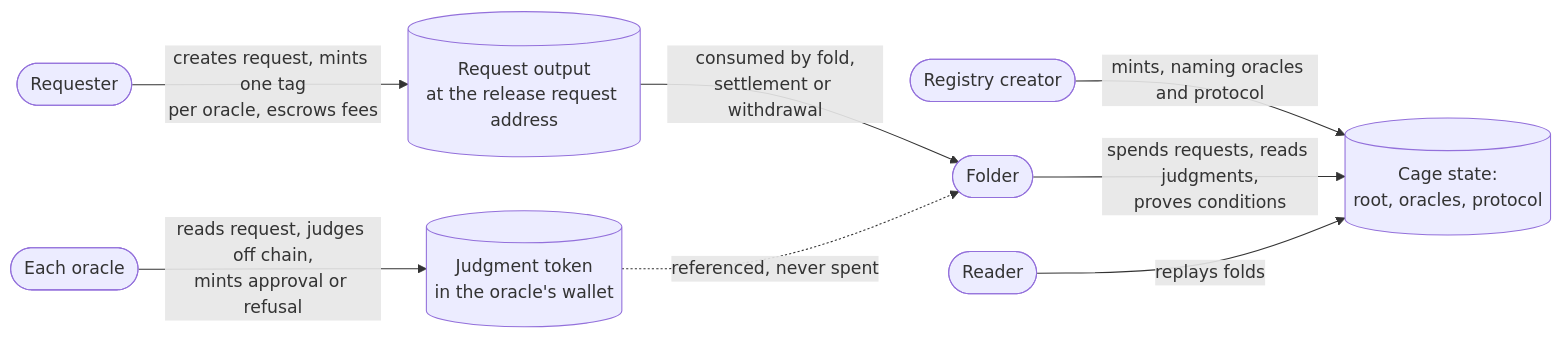
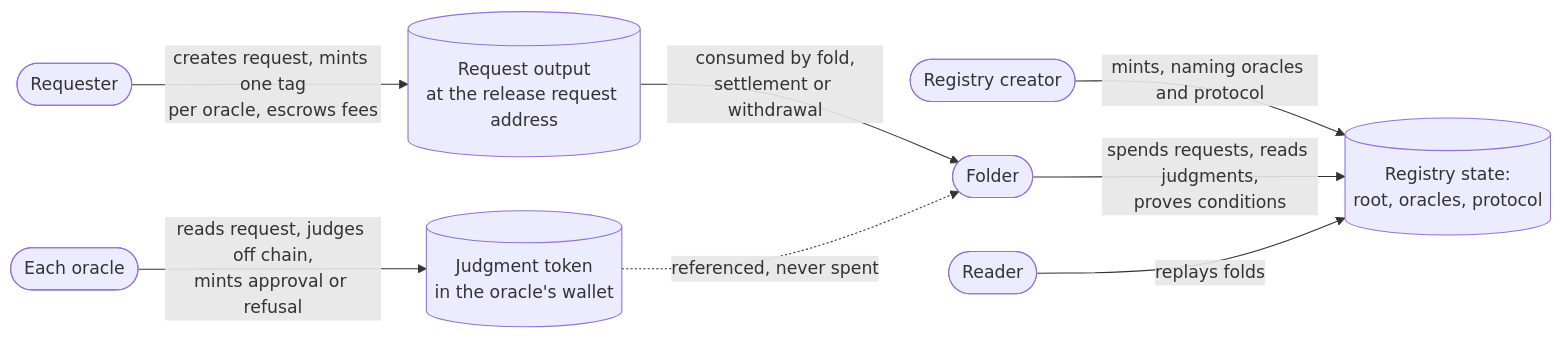
One commit to cardano-foundation/cardano-mpfs-onchain changed the diagram in docs/design/registries/index.md. Above: the diagram before and after it, drawn with Mermaid. The commit also changed other lines of this file and 8 other files, not shown here.

Commit message:
docs: call the on-chain output the registry state, not the cage

````diff
--- a/docs/design/registries/index.md
+++ b/docs/design/registries/index.md
@@ -35,10 +35,10 @@
 ```mermaid
 flowchart LR
-  creator([Registry creator]) -- "mints, naming oracles and protocol" --> state[(Cage state:<br/>root, oracles, protocol)]
+  creator([Registry creator]) -- "mints, naming oracles and protocol" --> state[(Registry state:<br/>root, oracles, protocol)]
   requester([Requester]) -- "creates request, mints one tag<br/>per oracle, escrows fees" --> request[(Request output<br/>at the release request address)]
   oracle([Each oracle]) -- "reads request, judges off chain,<br/>mints approval or refusal" --> judgment[(Judgment token<br/>in the oracle's wallet)]
   folder([Folder]) -- "spends requests, reads judgments,<br/>proves conditions" --> state
   request -- "consumed by fold,<br/>settlement or withdrawal" --> folder
   judgment -. "referenced, never spent" .-> folder
   reader([Reader]) -- "replays folds" --> state
 ```
````
